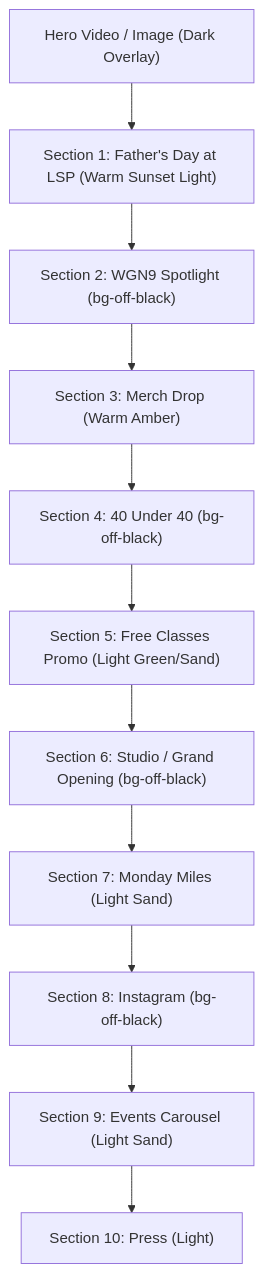
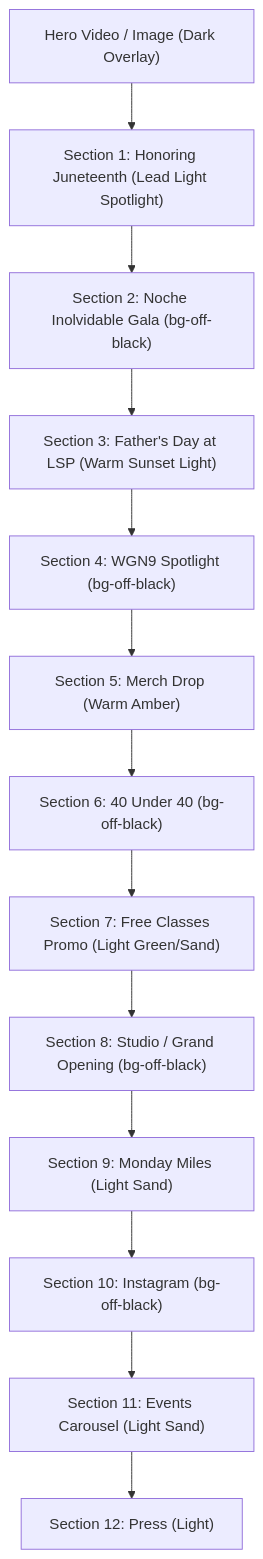
Before and after one commit to awaisqazi/latinasweatproject: the first of 3 diagrams in design.md, drawn with Mermaid. The commit also changed other lines of this file and 6 other files, not shown here.

````diff
--- a/design.md
+++ b/design.md
@@ -34,13 +34,15 @@
 ```mermaid
 graph TD
-    Hero["Hero Video / Image (Dark Overlay)"] --> Sec1["Section 1: Father's Day at LSP (Warm Sunset Light)"]
-    Sec1 --> Sec2["Section 2: WGN9 Spotlight (bg-off-black)"]
-    Sec2 --> Sec3["Section 3: Merch Drop (Warm Amber)"]
-    Sec3 --> Sec4["Section 4: 40 Under 40 (bg-off-black)"]
-    Sec4 --> Sec5["Section 5: Free Classes Promo (Light Green/Sand)"]
-    Sec5 --> Sec6["Section 6: Studio / Grand Opening (bg-off-black)"]
-    Sec6 --> Sec7["Section 7: Monday Miles (Light Sand)"]
-    Sec7 --> Sec8["Section 8: Instagram (bg-off-black)"]
-    Sec8 --> Sec9["Section 9: Events Carousel (Light Sand)"]
-    Sec9 --> Sec10["Section 10: Press (Light)"]
+    Hero["Hero Video / Image (Dark Overlay)"] --> Sec1["Section 1: Honoring Juneteenth (Lead Light Spotlight)"]
+    Sec1 --> Sec2["Section 2: Noche Inolvidable Gala (bg-off-black)"]
+    Sec2 --> Sec3["Section 3: Father's Day at LSP (Warm Sunset Light)"]
+    Sec3 --> Sec4["Section 4: WGN9 Spotlight (bg-off-black)"]
+    Sec4 --> Sec5["Section 5: Merch Drop (Warm Amber)"]
+    Sec5 --> Sec6["Section 6: 40 Under 40 (bg-off-black)"]
+    Sec6 --> Sec7["Section 7: Free Classes Promo (Light Green/Sand)"]
+    Sec7 --> Sec8["Section 8: Studio / Grand Opening (bg-off-black)"]
+    Sec8 --> Sec9["Section 9: Monday Miles (Light Sand)"]
+    Sec9 --> Sec10["Section 10: Instagram (bg-off-black)"]
+    Sec10 --> Sec11["Section 11: Events Carousel (Light Sand)"]
+    Sec11 --> Sec12["Section 12: Press (Light)"]
 ```
````
